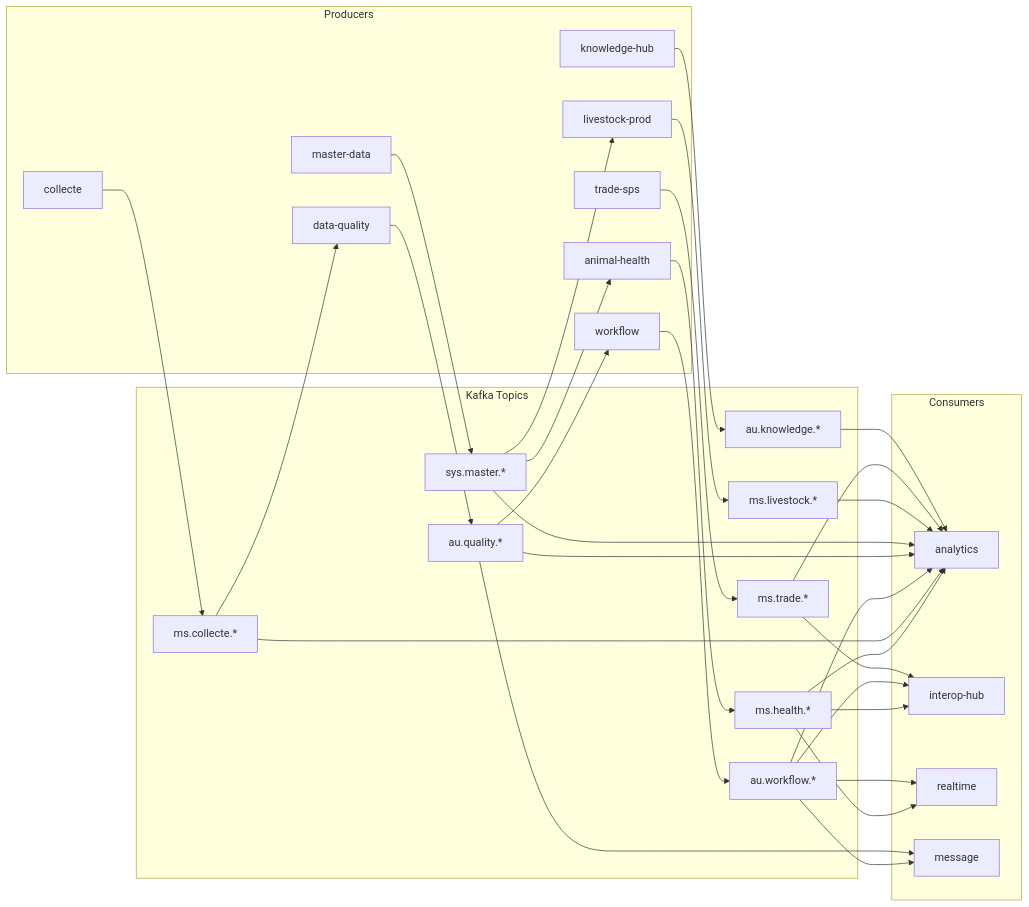
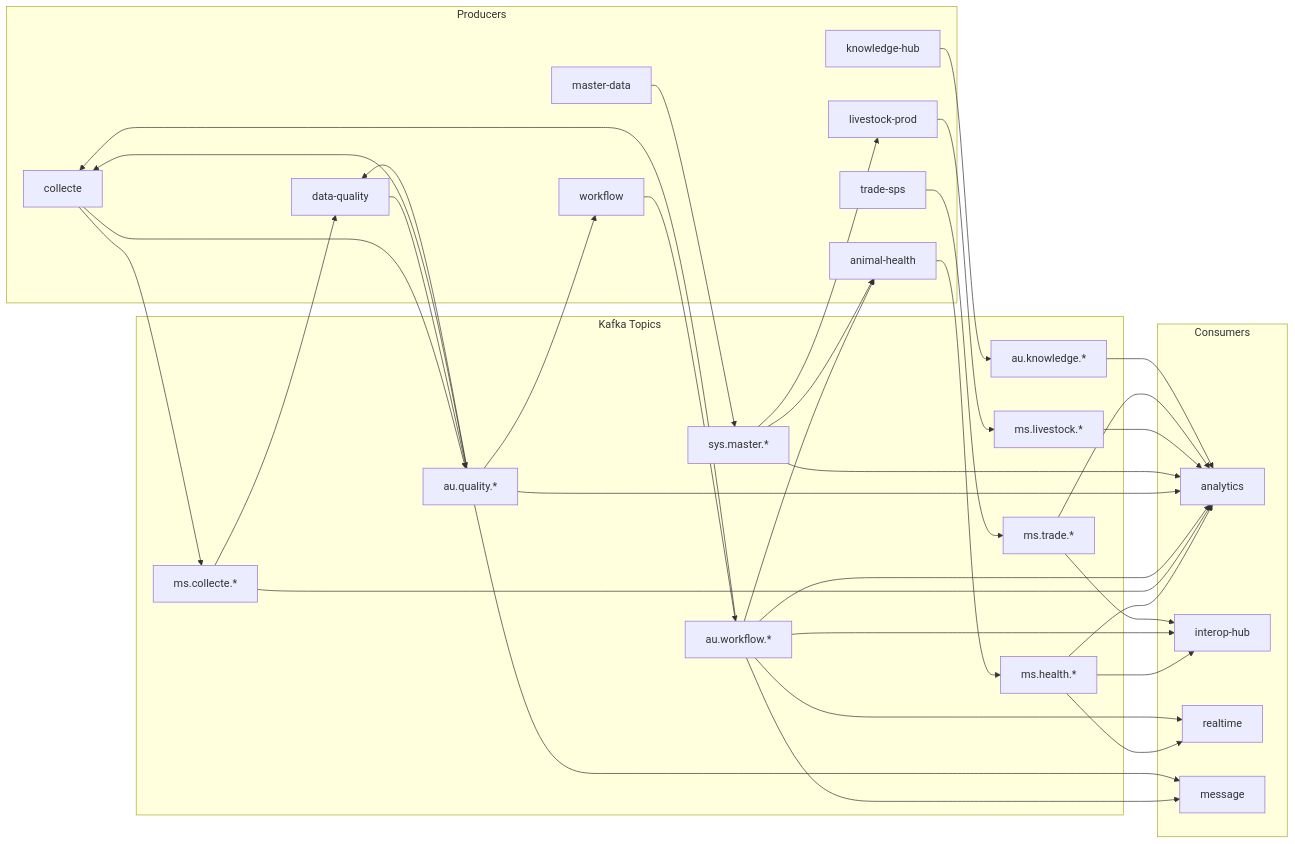
Before and after one commit to skenlefack/new.au-aris.org: the diagram in docs/architecture/KAFKA-TOPICS.md, drawn with Mermaid. The commit also changed other lines of this file and 868 other files, not shown here.

````diff
--- a/docs/architecture/KAFKA-TOPICS.md
+++ b/docs/architecture/KAFKA-TOPICS.md
@@ -175,49 +182,49 @@
 ```mermaid
 graph LR
     subgraph "Producers"
         AH[animal-health]
         COL[collecte]
         WF[workflow]
         DQ[data-quality]
         MD[master-data]
         LP[livestock-prod]
         TS[trade-sps]
         KH[knowledge-hub]
     end
 
     subgraph "Kafka Topics"
         HT[ms.health.*]
         CT[ms.collecte.*]
         WT[au.workflow.*]
         QT[au.quality.*]
         MT[sys.master.*]
         LT[ms.livestock.*]
         TT[ms.trade.*]
         KT[au.knowledge.*]
     end
 
     subgraph "Consumers"
         AN[analytics]
         IH[interop-hub]
         RT[realtime]
         MSG[message]
     end
 
     AH --> HT
-    COL --> CT
+    COL --> CT & QT
     WF --> WT
     DQ --> QT
     MD --> MT
     LP --> LT
     TS --> TT
     KH --> KT
 
     HT --> AN & RT & IH
     CT --> AN & DQ
-    WT --> AN & IH & MSG & RT
-    QT --> WF & AN & MSG
+    WT --> AN & IH & MSG & RT & COL & AH
+    QT --> WF & AN & MSG & COL & DQ
     MT --> AN & AH & LP
     LT --> AN
     TT --> AN & IH
     KT --> AN
 ```
````
